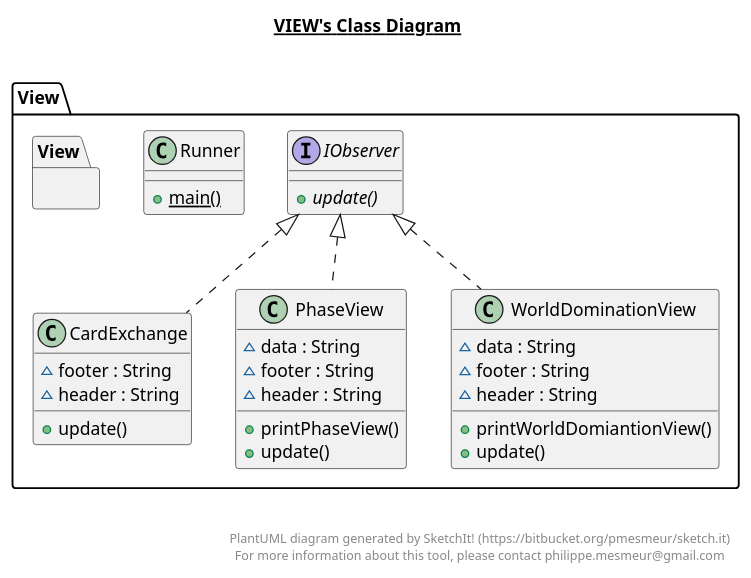
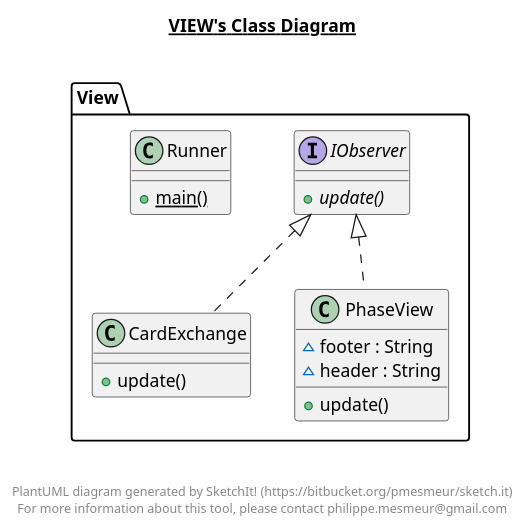
Before and after one commit to iamsherrysingh/riskGame: the diagram in src/main/java/View/View.plantuml, drawn with PlantUML. The commit also changed 158 other files, not shown here.

```diff
--- a/src/main/java/View/View.plantuml
+++ b/src/main/java/View/View.plantuml
@@ -1,72 +1,46 @@
 @startuml
 
 title __VIEW's Class Diagram__\n
 
   namespace View {
-    namespace View {
-      class View.CardExchange {
-          ~ footer : String
-          ~ header : String
-          + update()
-      }
+    class View.CardExchange {
+        + update()
     }
   }
   
 
   namespace View {
-    namespace View {
-      interface View.IObserver {
-          {abstract} + update()
-      }
+    interface View.IObserver {
+        {abstract} + update()
     }
   }
   
 
   namespace View {
-    namespace View {
-      class View.PhaseView {
-          ~ data : String
-          ~ footer : String
-          ~ header : String
-          + printPhaseView()
-          + update()
-      }
+    class View.PhaseView {
+        ~ footer : String
+        ~ header : String
+        + update()
     }
   }
   
 
   namespace View {
-    namespace View {
-      class View.Runner {
-          {static} + main()
-      }
-    }
-  }
-  
-
-  namespace View  {
-    namespace View {
-      class View.WorldDominationView {
-          ~ data : String
-          ~ footer : String
-          ~ header : String
-          + printWorldDomiantionView()
-          + update()
-      }
+    class View.Runner {
+        {static} + main()
     }
   }
   
 
   View.CardExchange .up.|> View.IObserver
   View.PhaseView .up.|> View.IObserver
-  View.WorldDominationView .up.|> View.IObserver
 
 
 right footer
 
 
 PlantUML diagram generated by SketchIt! (https://bitbucket.org/pmesmeur/sketch.it)
 For more information about this tool, please contact philippe.mesmeur@gmail.com
 endfooter
 
 @enduml
```
